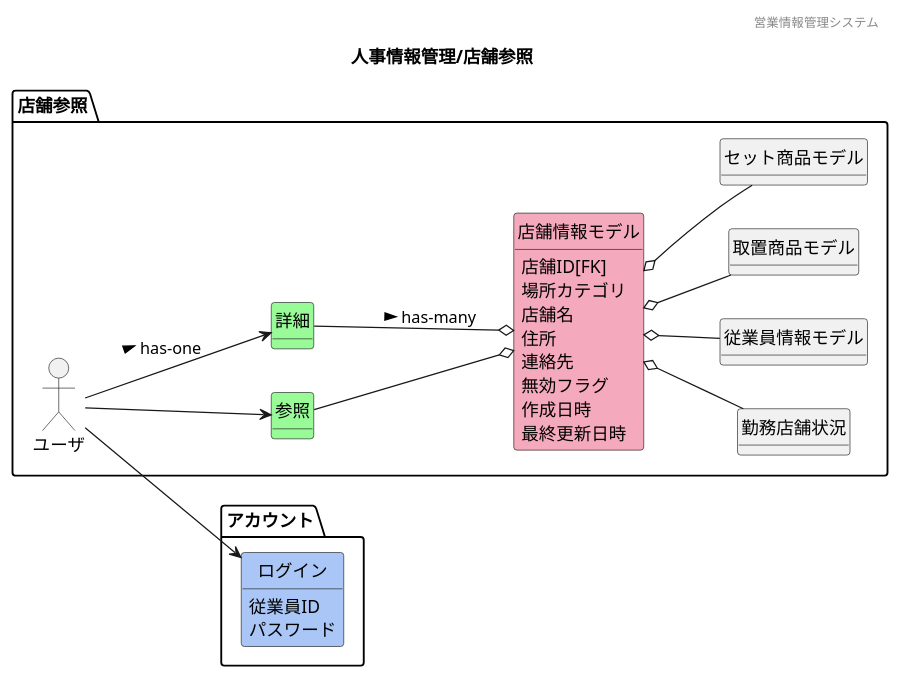
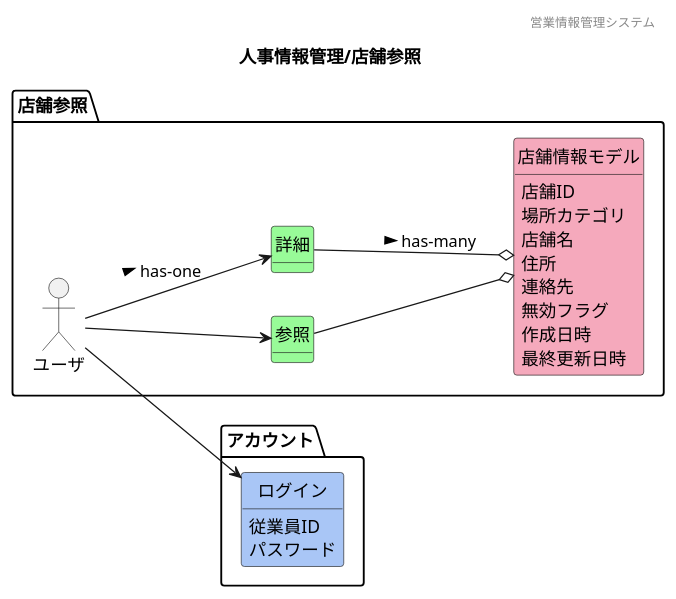
The diagram in 各種設計書/1ドメインモデル図/人事情報管理/F13店舗参照.plantuml (HaruShim/Sotuken), drawn with PlantUML before and after one commit. The commit also changed 11 other files, not shown here.

```diff
--- a/各種設計書/1ドメインモデル図/人事情報管理/F13店舗参照.plantuml
+++ b/各種設計書/1ドメインモデル図/人事情報管理/F13店舗参照.plantuml
@@ -1,58 +1,50 @@
 @startuml ../images/人事情報管理/店舗参照
 ' ヘッダー
 header 営業情報管理システム
 ' タイトル
 title 人事情報管理/店舗参照
 ' 
 hide circle
 ' 
 hide method
 left to right direction
 
 package "アカウント"{
     class "ログイン" #A9C6F6
 
 }
 
 package "店舗参照" {
     'ユーザや外部システム
     mix_actor "ユーザ"
     class "参照" #98fb98
     class "詳細" #98fb98
     class "店舗情報モデル" #F5A9BC
-    class "勤務店舗状況"
-    class "従業員情報モデル"
-    class "取置商品モデル"
-    class "セット商品モデル"
 }
     ' package "マスタ管理"{
     ' }
 
     'モデル同士の関係
     ユーザ --> 参照
     ユーザ --> 詳細 : > has-one
     ユーザ --> ログイン
     参照 --o 店舗情報モデル
     詳細 --o 店舗情報モデル : > has-many
-    店舗情報モデル o-- 勤務店舗状況
-    店舗情報モデル o-- 従業員情報モデル
-    店舗情報モデル o-- 取置商品モデル
-    店舗情報モデル o-- セット商品モデル
     ' 店舗情報モデル o-- マスタ管理
 
     'ドメインクラスの属性
-    店舗情報モデル : 店舗ID[FK]
+    店舗情報モデル : 店舗ID
     店舗情報モデル : 場所カテゴリ
     店舗情報モデル : 店舗名
     店舗情報モデル : 住所
     店舗情報モデル : 連絡先
     店舗情報モデル : 無効フラグ
     店舗情報モデル : 作成日時
     店舗情報モデル : 最終更新日時
     ログイン : 従業員ID
     ログイン : パスワード
 
 
 
 
 @enduml
```
